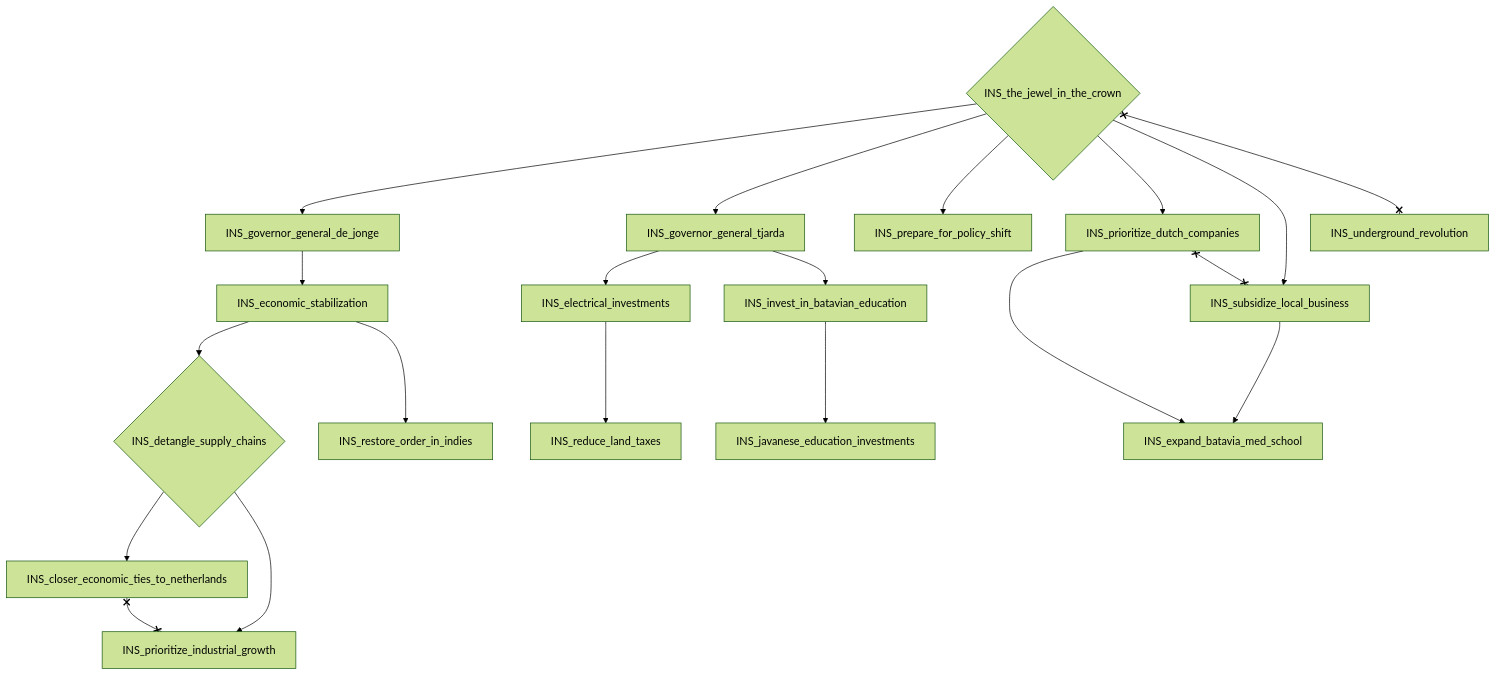
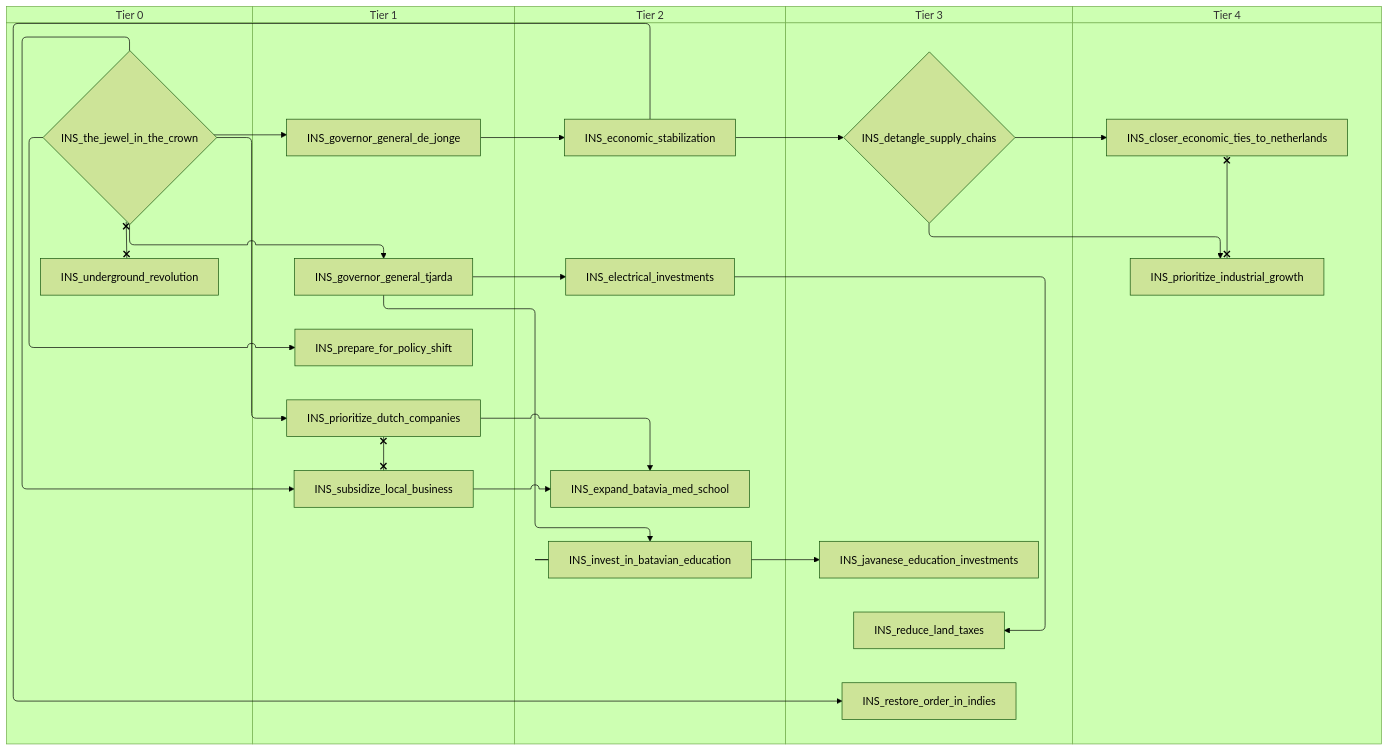
One commit to evgeny-sobol/hoi4-sandbox-mode changed the fourth of 5 diagrams in docs/gdd/National Focuses/indonesia.md. Above: the diagram before and after it, drawn with Mermaid (forest theme). The commit also changed other lines of this file and 80 other files, not shown here.

First line of the commit message:
Add swimlane mode to focus graph exporter

````diff
--- a/docs/gdd/National Focuses/indonesia.md
+++ b/docs/gdd/National Focuses/indonesia.md
@@ -349,39 +389,49 @@
 ```mermaid
-flowchart TD
-    n144["INS_closer_economic_ties_to_netherlands"]
-    n145{"INS_detangle_supply_chains"}
-    n146["INS_economic_stabilization"]
-    n147["INS_electrical_investments"]
-    n148["INS_expand_batavia_med_school"]
-    n149["INS_governor_general_de_jonge"]
-    n150["INS_governor_general_tjarda"]
-    n151["INS_invest_in_batavian_education"]
-    n152["INS_javanese_education_investments"]
-    n153["INS_prepare_for_policy_shift"]
-    n154["INS_prioritize_dutch_companies"]
-    n155["INS_prioritize_industrial_growth"]
-    n156["INS_reduce_land_taxes"]
-    n157["INS_restore_order_in_indies"]
-    n158["INS_subsidize_local_business"]
-    n159{"INS_the_jewel_in_the_crown"}
-    n96["INS_underground_revolution"]
-    n145 --> n144
-    n146 --> n145
-    n149 --> n146
-    n150 --> n147
-    n158 --> n148
-    n154 --> n148
-    n159 --> n149
-    n159 --> n150
-    n150 --> n151
-    n151 --> n152
-    n159 --> n153
-    n159 --> n154
-    n145 --> n155
-    n147 --> n156
-    n146 --> n157
-    n159 --> n158
-    n144 x--x n155
-    n154 x--x n158
-    n159 x--x n96
+swimlane-beta TD
+    subgraph tier_0["Tier 0"]
+        n144{"INS_the_jewel_in_the_crown"}
+        n3["INS_underground_revolution"]
+    end
+    subgraph tier_1["Tier 1"]
+        n145["INS_governor_general_de_jonge"]
+        n146["INS_governor_general_tjarda"]
+        n147["INS_prepare_for_policy_shift"]
+        n148["INS_prioritize_dutch_companies"]
+        n149["INS_subsidize_local_business"]
+    end
+    subgraph tier_2["Tier 2"]
+        n150["INS_economic_stabilization"]
+        n151["INS_electrical_investments"]
+        n152["INS_expand_batavia_med_school"]
+        n153["INS_invest_in_batavian_education"]
+    end
+    subgraph tier_3["Tier 3"]
+        n154{"INS_detangle_supply_chains"}
+        n155["INS_javanese_education_investments"]
+        n156["INS_reduce_land_taxes"]
+        n157["INS_restore_order_in_indies"]
+    end
+    subgraph tier_4["Tier 4"]
+        n158["INS_closer_economic_ties_to_netherlands"]
+        n159["INS_prioritize_industrial_growth"]
+    end
+    n154 --> n158
+    n150 --> n154
+    n145 --> n150
+    n146 --> n151
+    n149 --> n152
+    n148 --> n152
+    n144 --> n145
+    n144 --> n146
+    n146 --> n153
+    n153 --> n155
+    n144 --> n147
+    n144 --> n148
+    n154 --> n159
+    n151 --> n156
+    n150 --> n157
+    n144 --> n149
+    n158 x--x n159
+    n148 x--x n149
+    n144 x--x n3
 ```
````
